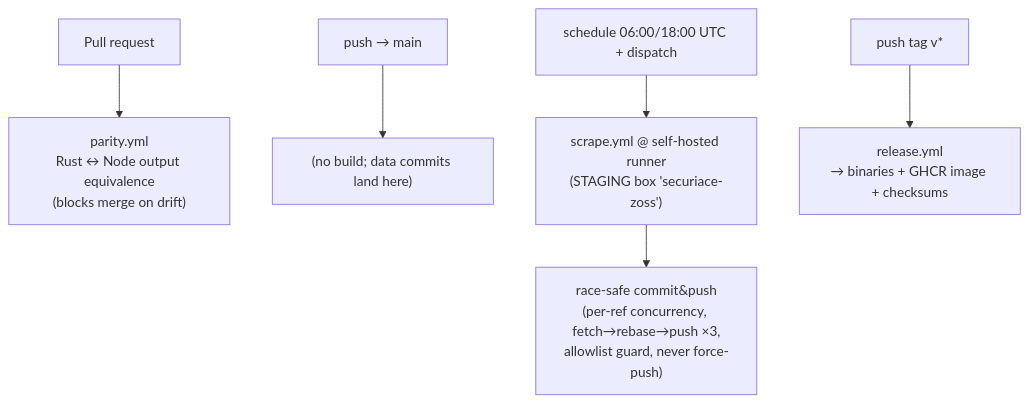
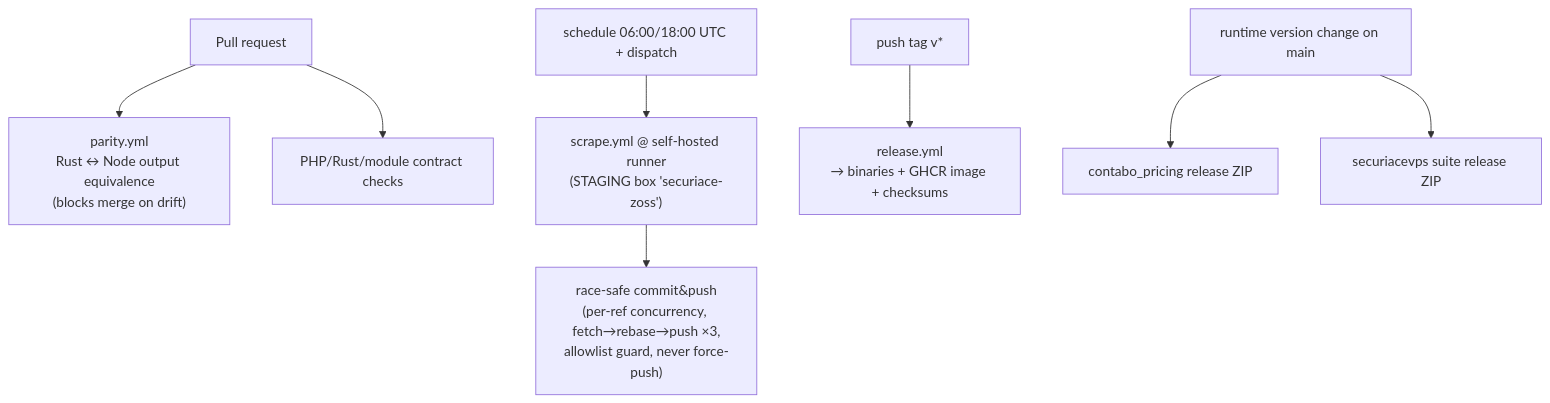
One commit to securiace-dev/contabo-pricing-scraper changed the fifth of 5 diagrams in README.md. Above: the diagram before and after it, drawn with Mermaid. The commit also changed other lines of this file and 16 other files, not shown here.

Commit message:
chore(release): qualify the WHMCS-native suite

````diff
--- a/README.md
+++ b/README.md
@@ -254,8 +277,10 @@
 ```mermaid
 flowchart TD
   PR["Pull request"] --> PAR["parity.yml\nRust ↔ Node output equivalence\n(blocks merge on drift)"]
-  PUSHMAIN["push → main"] --> NONE["(no build; data commits land here)"]
+  PR --> TEST["PHP/Rust/module contract checks"]
   CRON["schedule 06:00/18:00 UTC + dispatch"] --> SCR["scrape.yml @ self-hosted runner\n(STAGING box 'securiace-zoss')"]
   SCR --> PUSH["race-safe commit&push\n(per-ref concurrency, fetch→rebase→push ×3,\nallowlist guard, never force-push)"]
   TAGV["push tag v*"] --> RELY["release.yml\n→ binaries + GHCR image + checksums"]
+  MAIN["runtime version change on main"] --> ADDONREL["contabo_pricing release ZIP"]
+  MAIN --> VPSREL["securiacevps suite release ZIP"]
 ```
````
